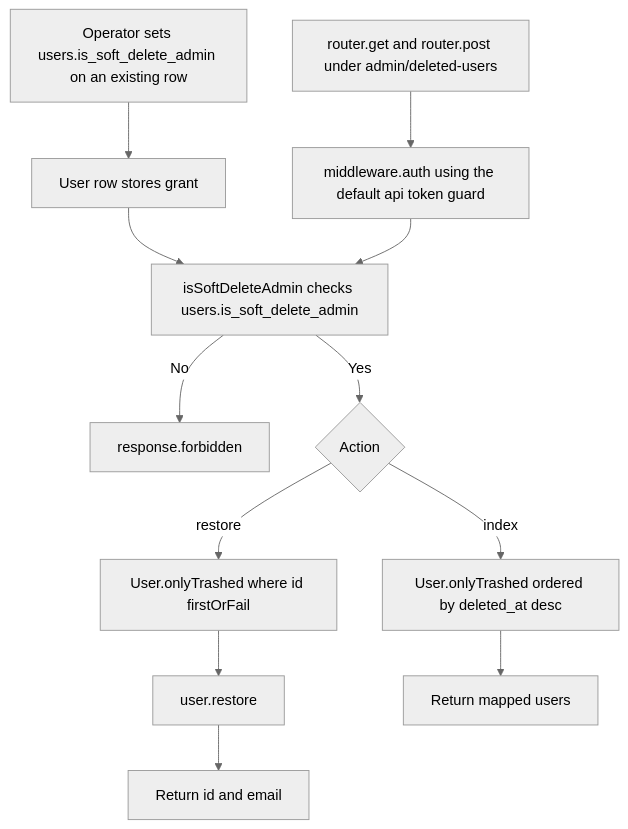
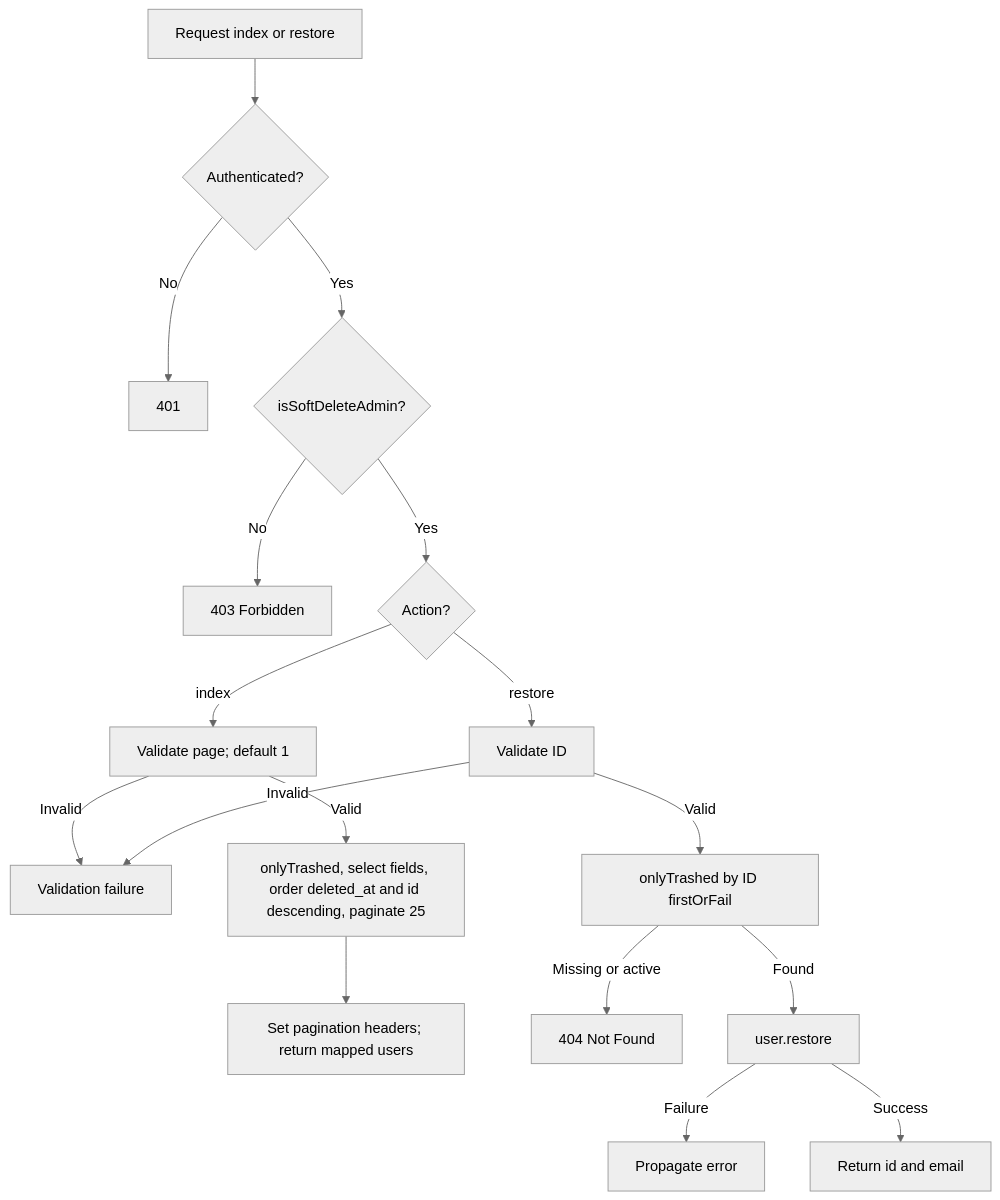
Before and after one commit to Kevinjohn/oss-adonisjs-lucid-soft-delete: the second of 2 diagrams in user-stories/example-apps/us-demo-02-api-admin-restore.md, drawn with Mermaid (neutral theme). The commit also changed other lines of this file and 22 other files, not shown here.

Commit message:
docs: verify user story paths and Mermaid flows against implementation

````diff
--- a/user-stories/example-apps/us-demo-02-api-admin-restore.md
+++ b/user-stories/example-apps/us-demo-02-api-admin-restore.md
@@ -39,14 +44,19 @@
 ```mermaid
 flowchart TD
-    P["Operator sets users.is_soft_delete_admin on an existing row"] --> Q["User row stores grant"]
-    Q --> C
-    A["router.get and router.post under admin/deleted-users"] --> B["middleware.auth using the default api token guard"]
-    B --> C["isSoftDeleteAdmin checks users.is_soft_delete_admin"]
-    C -->|No| D["response.forbidden"]
-    C -->|Yes| E{"Action"}
-    E -->|index| F["User.onlyTrashed ordered by deleted_at desc"]
-    E -->|restore| G["User.onlyTrashed where id firstOrFail"]
-    G --> H["user.restore"]
-    F --> I["Return mapped users"]
-    H --> J["Return id and email"]
+    A["Request index or restore"] --> B{"Authenticated?"}
+    B -->|No| C["401"]
+    B -->|Yes| D{"isSoftDeleteAdmin?"}
+    D -->|No| E["403 Forbidden"]
+    D -->|Yes| F{"Action?"}
+    F -->|index| L["Validate page; default 1"]
+    F -->|restore| R["Validate ID"]
+    L -->|Invalid| V["Validation failure"]
+    L -->|Valid| P["onlyTrashed, select fields, order deleted_at and id descending, paginate 25"]
+    R -->|Invalid| V
+    R -->|Valid| Q["onlyTrashed by ID firstOrFail"]
+    P --> W["Set pagination headers; return mapped users"]
+    Q -->|Missing or active| N["404 Not Found"]
+    Q -->|Found| T["user.restore"]
+    T -->|Failure| X["Propagate error"]
+    T -->|Success| Z["Return id and email"]
 ```
````
